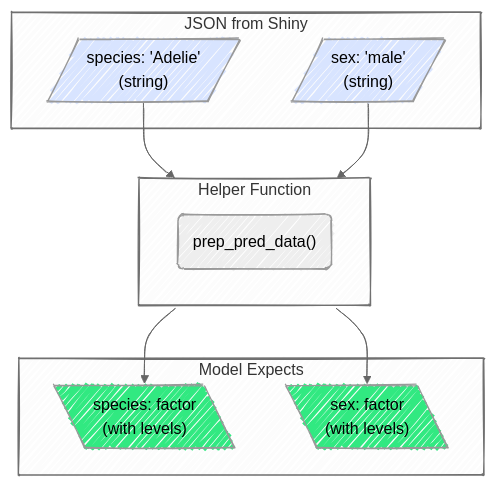
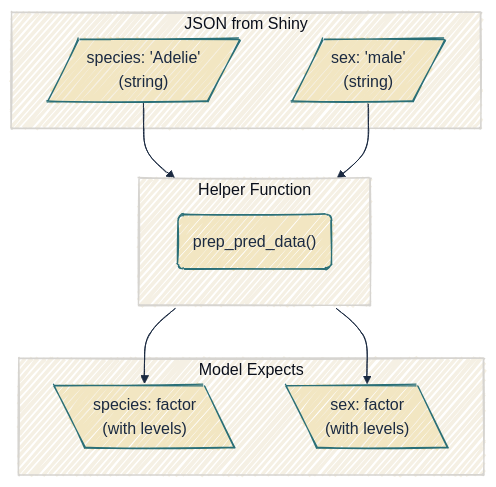
One commit to mjfrigaard/do4ds-labs changed the third of 7 diagrams in plumber.qmd. Above: the diagram before and after it, drawn with Mermaid. The commit also changed other lines of this file and 88 other files, not shown here.

````diff
--- a/plumber.qmd
+++ b/plumber.qmd
@@ -385,29 +383,25 @@
 ```{mermaid}
 %%| fig-width: 7.0
 %%| fig-align: center
-%%{init: {'theme': 'neutral', 'look': 'handDrawn', 'themeVariables': { 'fontFamily': 'monospace'}}}%%
+%%{init: {'theme': 'base', 'look': 'handDrawn', 'themeVariables': { 'fontFamily': 'monospace', 'primaryColor': '#F2E6C2', 'primaryBorderColor': '#2A6F77', 'primaryTextColor': '#1B2A41', 'secondaryColor': '#d4e7e4', 'tertiaryColor': '#f5f0e4', 'lineColor': '#1B2A41', 'edgeLabelBackground': '#F2E6C2'}}}%%
 
 graph TB
     subgraph JSON["JSON from Shiny"]
         J1[/"species: 'Adelie'<br/>(string)"/]
         J2[/"sex: 'male'<br/>(string)"/]
     end
     
     subgraph Model["Model Expects"]
         M1[\"species: factor<br/>(with levels)"\]
         M2[\"sex: factor<br/>(with levels)"\]
     end
     
     subgraph Helper["Helper Function"]
         H("prep_pred_data()")
     end
     
     J1 & J2 --> Helper
     Helper --> M1 & M2
     
-    style J1 fill:#d8e4ff 
-    style J2 fill:#d8e4ff
 
-    style M1 fill:#31e981
-    style M2 fill:#31e981
 ```
````
